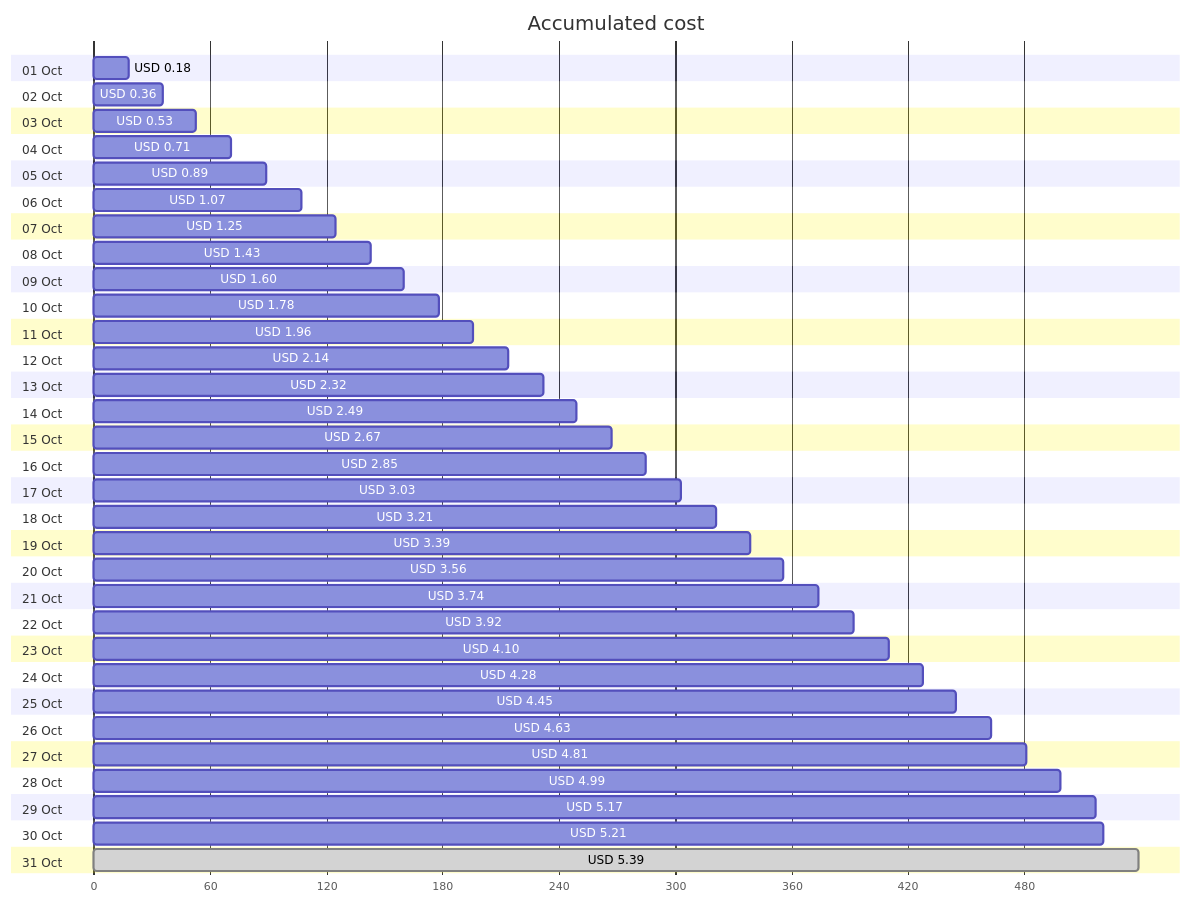
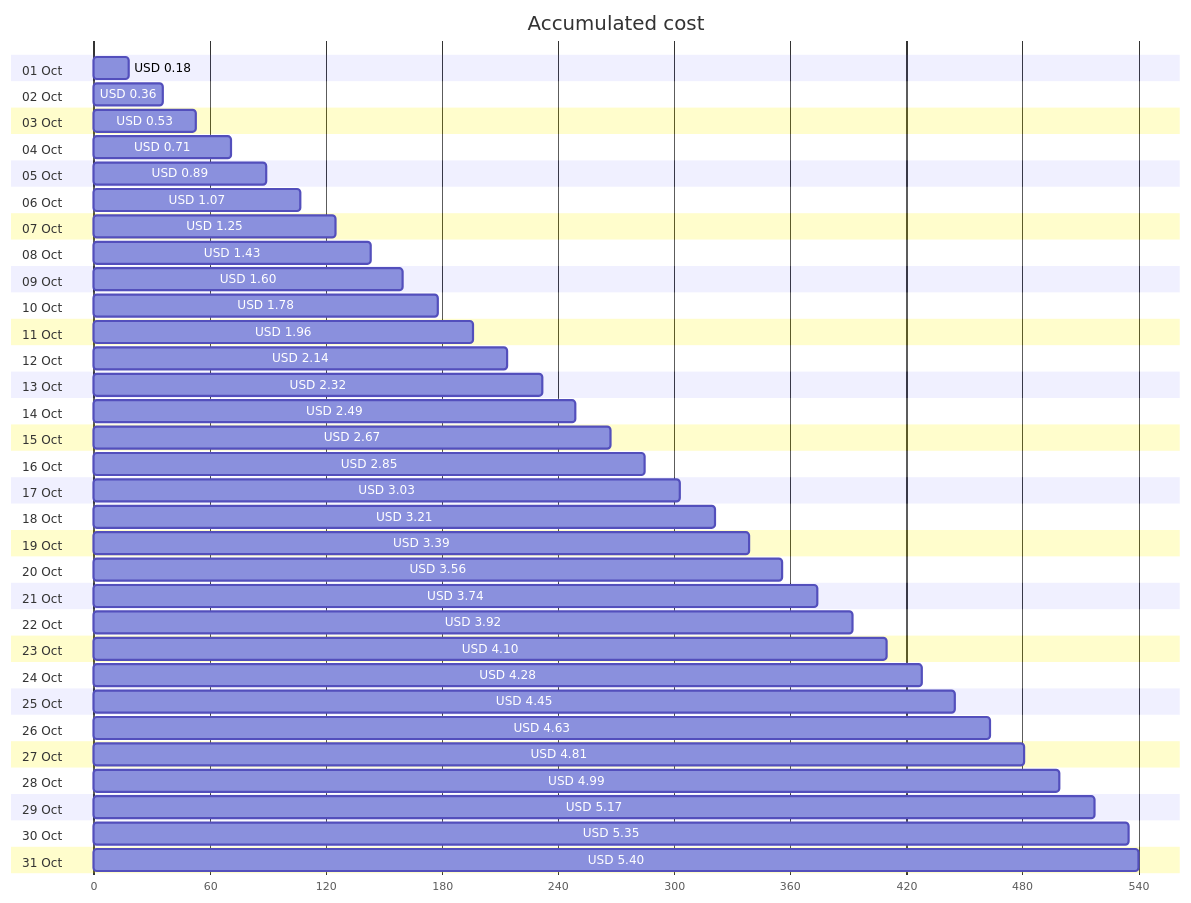
The first of 4 diagrams in cost-reports/personal-network/backup-server.md (jpfulton/azure-personal-reports), drawn with Mermaid before and after one commit. The commit also changed other lines of this file and 8 other files, not shown here.

````diff
--- a/cost-reports/personal-network/backup-server.md
+++ b/cost-reports/personal-network/backup-server.md
@@ -20,68 +20,68 @@
 ```mermaid
 gantt
    title Accumulated cost
    dateFormat  X
    axisFormat %s
    section 01 Oct
    USD 0.18 :0, 18
    section 02 Oct
    USD 0.36 :0, 36
    section 03 Oct
    USD 0.53 :0, 53
    section 04 Oct
    USD 0.71 :0, 71
    section 05 Oct
    USD 0.89 :0, 89
    section 06 Oct
    USD 1.07 :0, 107
    section 07 Oct
    USD 1.25 :0, 125
    section 08 Oct
    USD 1.43 :0, 143
    section 09 Oct
    USD 1.60 :0, 160
    section 10 Oct
    USD 1.78 :0, 178
    section 11 Oct
    USD 1.96 :0, 196
    section 12 Oct
    USD 2.14 :0, 214
    section 13 Oct
    USD 2.32 :0, 232
    section 14 Oct
    USD 2.49 :0, 249
    section 15 Oct
    USD 2.67 :0, 267
    section 16 Oct
    USD 2.85 :0, 285
    section 17 Oct
    USD 3.03 :0, 303
    section 18 Oct
    USD 3.21 :0, 321
    section 19 Oct
    USD 3.39 :0, 339
    section 20 Oct
    USD 3.56 :0, 356
    section 21 Oct
    USD 3.74 :0, 374
    section 22 Oct
    USD 3.92 :0, 392
    section 23 Oct
    USD 4.10 :0, 410
    section 24 Oct
    USD 4.28 :0, 428
    section 25 Oct
    USD 4.45 :0, 445
    section 26 Oct
    USD 4.63 :0, 463
    section 27 Oct
    USD 4.81 :0, 481
    section 28 Oct
    USD 4.99 :0, 499
    section 29 Oct
    USD 5.17 :0, 517
    section 30 Oct
-   USD 5.21 :0, 521
+   USD 5.35 :0, 535
    section 31 Oct
-   USD 5.39 : done, 0, 539
+   USD 5.40 :0, 540
 ```
````
